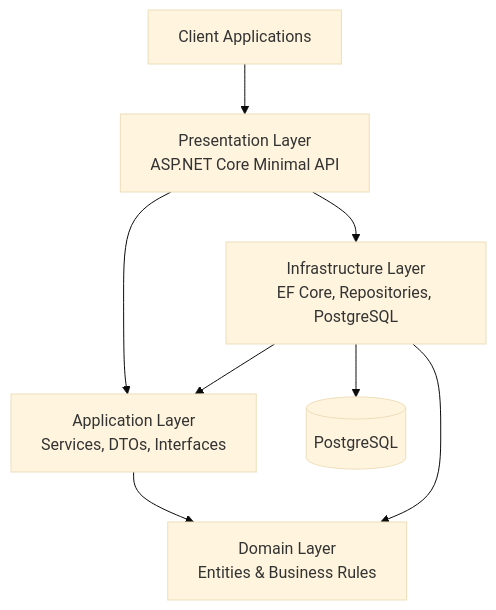
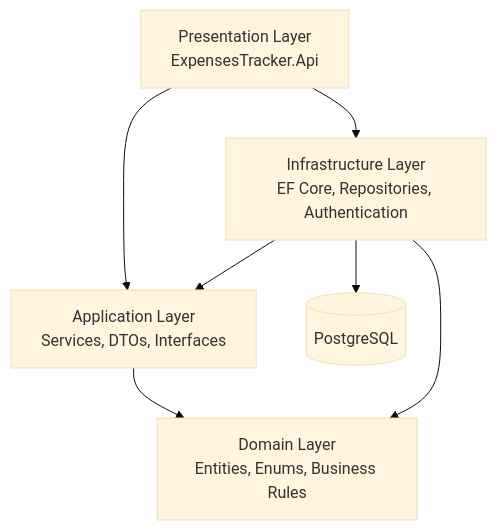
Before and after one commit to handyana05/expenses-tracker: the first of 4 diagrams in backend/README.md, drawn with Mermaid (base theme). The commit also changed other lines of this file and 1 other file, not shown here.

````diff
--- a/backend/README.md
+++ b/backend/README.md
@@ -65,17 +112,15 @@
 ```mermaid
 flowchart TD
-    Client["Client Applications"]
-    API["Presentation Layer<br/>ASP.NET Core Minimal API"]
-    APP["Application Layer<br/>Services, DTOs, Interfaces"]
-    DOMAIN["Domain Layer<br/>Entities & Business Rules"]
-    INFRA["Infrastructure Layer<br/>EF Core, Repositories, PostgreSQL"]
-    DB[(PostgreSQL)]
-
-    Client --> API
-    API --> APP
-    API --> INFRA
-    APP --> DOMAIN
-    INFRA --> APP
-    INFRA --> DOMAIN
+    API["Presentation Layer<br/>ExpensesTracker.Api"] 
+    APP["Application Layer<br/>Services, DTOs, Interfaces"] 
+    DOMAIN["Domain Layer<br/>Entities, Enums, Business Rules"] 
+    INFRA["Infrastructure Layer<br/>EF Core, Repositories, Authentication"] 
+    DB[(PostgreSQL)] 
+    
+    API --> APP 
+    API --> INFRA 
+    APP --> DOMAIN 
+    INFRA --> APP 
+    INFRA --> DOMAIN 
     INFRA --> DB
 ```
````
